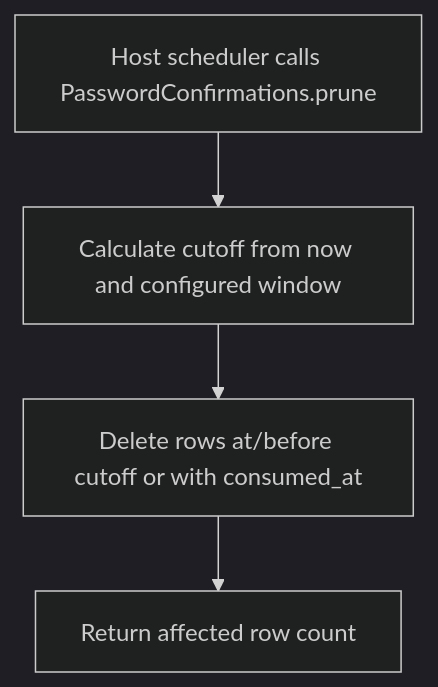
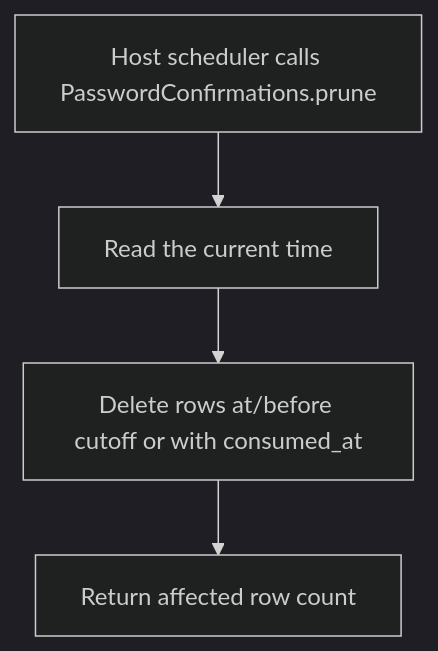
The second of 2 diagrams in user-stories/US-CONFIRM-05-prune-confirmations.md (Kevinjohn/oss-adonisjs-confirm-action-with-password), drawn with Mermaid (dark theme) before and after one commit. The commit also changed other lines of this file and 8 other files, not shown here.

````diff
--- a/user-stories/US-CONFIRM-05-prune-confirmations.md
+++ b/user-stories/US-CONFIRM-05-prune-confirmations.md
@@ -29,6 +29,6 @@
 ```mermaid
 flowchart TD
-    A["Host scheduler calls PasswordConfirmations.prune"] --> B["Calculate cutoff from now and configured window"]
+    A["Host scheduler calls PasswordConfirmations.prune"] --> B["Read the current time"]
     B --> C["Delete rows at/before cutoff or with consumed_at"]
     C --> D["Return affected row count"]
 ```
````
